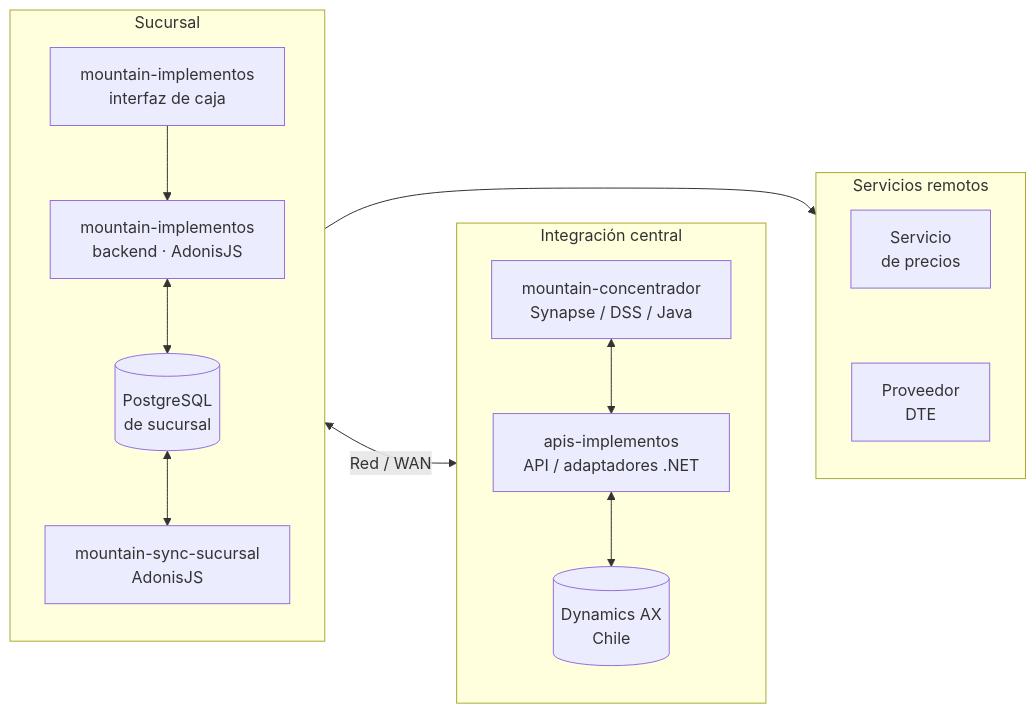
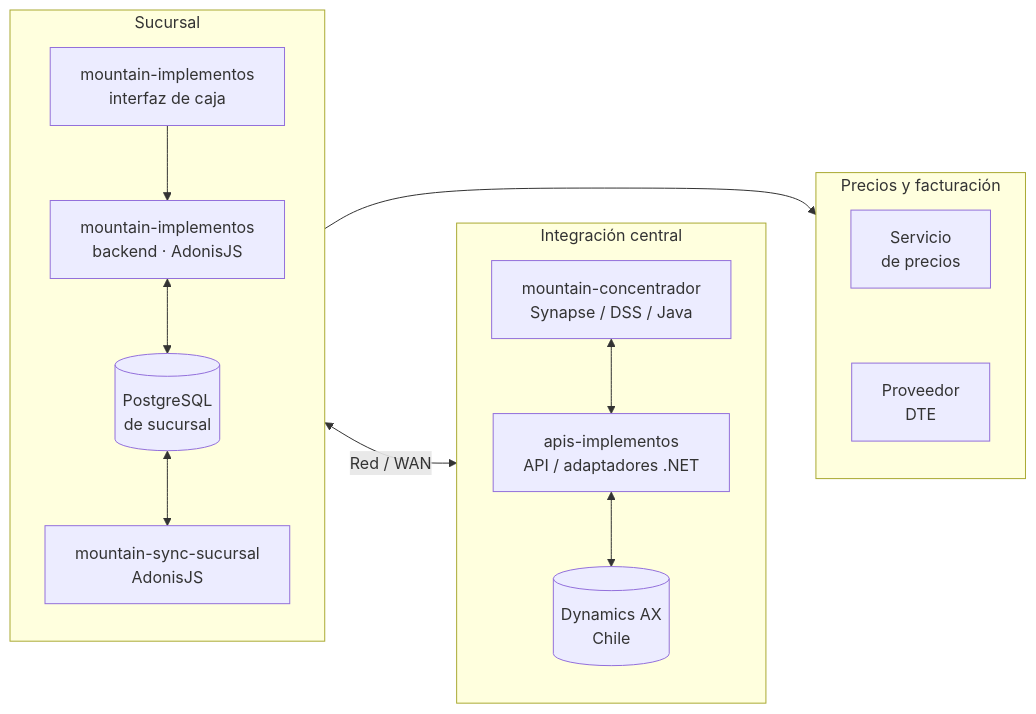
Before and after one commit to floxcristian/pos-architecture: the diagram in presentation/diagrams/current.mmd, drawn with Mermaid. The commit also changed 2 other files, not shown here.

```diff
--- a/presentation/diagrams/current.mmd
+++ b/presentation/diagrams/current.mmd
@@ -1,23 +1,23 @@
 flowchart LR
     accTitle: Arquitectura actual de caja en Chile
-    accDescr: La sucursal conserva interfaz, backend, base y sincronizador. Precios y fiscalidad tienen dependencias externas. AX recibe el registro por integración posterior.
+    accDescr: La sucursal conserva interfaz, backend, base y sincronizador. Precios y facturación usan servicios configurados. AX recibe el registro por integración posterior.
     subgraph branch["Sucursal"]
         direction TB
         ui["mountain-implementos<br/>interfaz de caja"] --> backend["mountain-implementos<br/>backend · AdonisJS"]
         backend <--> localdb[("PostgreSQL<br/>de sucursal")]
         localdb <--> sync["mountain-sync-sucursal<br/>AdonisJS"]
     end
-    subgraph remote["Servicios remotos"]
+    subgraph remote["Precios y facturación"]
         direction TB
         pricing["Servicio<br/>de precios"]
         fiscal["Proveedor<br/>DTE"]
         pricing ~~~ fiscal
     end
     subgraph integration["Integración central"]
         direction TB
         bus["mountain-concentrador<br/>Synapse / DSS / Java"] <--> axapi["apis-implementos<br/>API / adaptadores .NET"]
         axapi <--> ax[("Dynamics AX<br/>Chile")]
     end
     branch <-->|"Red / WAN"| integration
     branch --> remote
     integration ~~~ remote
```
